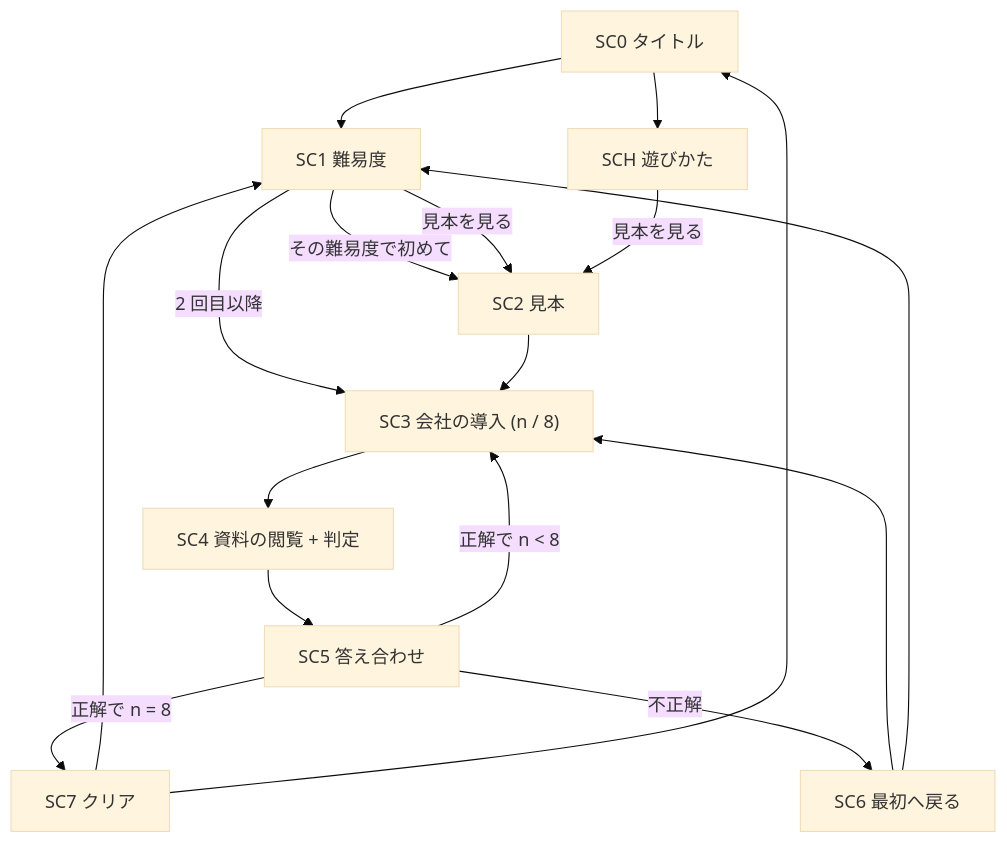
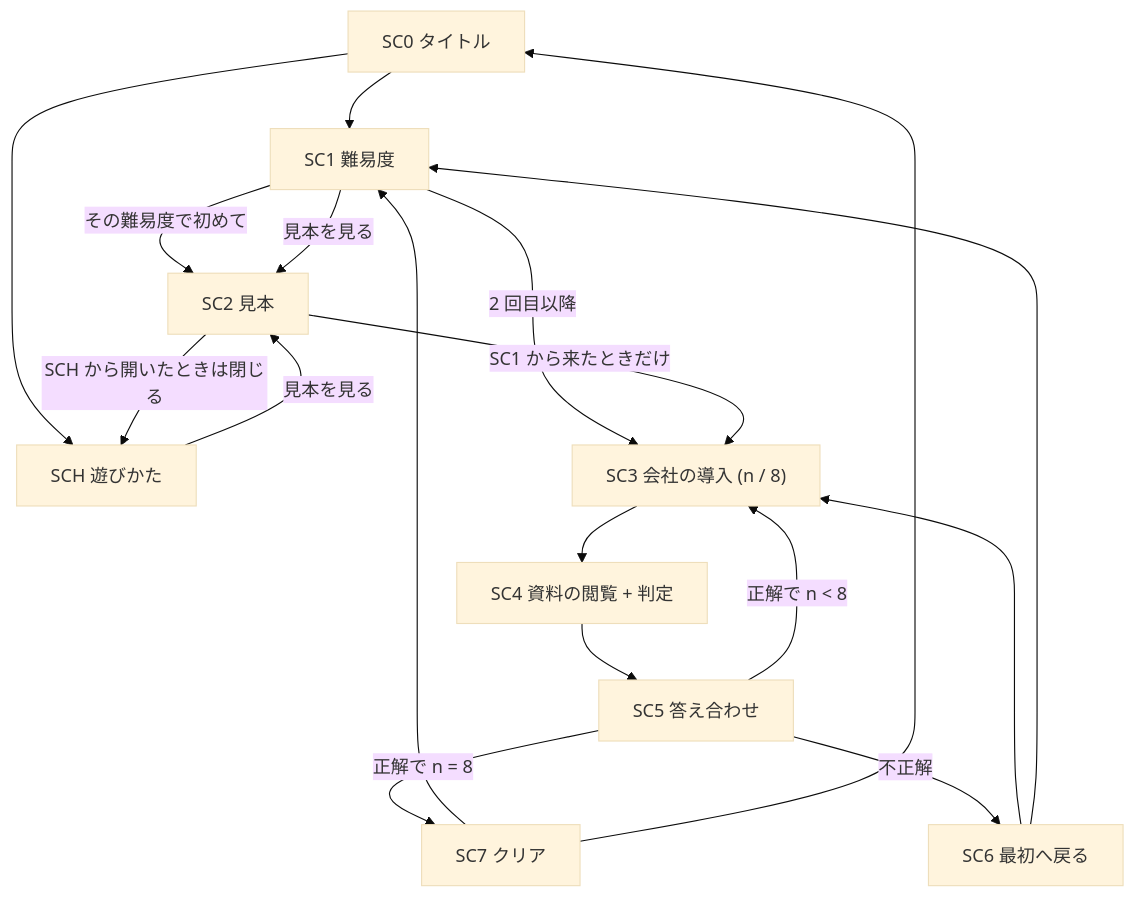
The diagram in docs/plans/experience.md (calliope-pro/kessan-8), drawn with Mermaid (base theme) before and after one commit. The commit also changed other lines of this file, not shown here.

Commit message:
#50 の反映のレビュー 1 回目: 走行の表と段落の食い違い・遷移図・hydrate が捨てる場合・固定領域の測った値

````diff
--- a/docs/plans/experience.md
+++ b/docs/plans/experience.md
@@ -302,19 +302,20 @@
 ```mermaid
 flowchart TD
   SC0["SC0 タイトル"] --> SC1["SC1 難易度"]
   SC0 --> SCH["SCH 遊びかた"]
   SC1 -->|"その難易度で初めて"| SC2["SC2 見本"]
   SC1 -->|"2 回目以降"| SC3
   SC1 -->|"見本を見る"| SC2
   SCH -->|"見本を見る"| SC2
-  SC2 --> SC3["SC3 会社の導入 (n / 8)"]
+  SC2 -->|"SC1 から来たときだけ"| SC3["SC3 会社の導入 (n / 8)"]
+  SC2 -->|"SCH から開いたときは閉じる"| SCH
   SC3 --> SC4["SC4 資料の閲覧 + 判定"]
   SC4 --> SC5["SC5 答え合わせ"]
   SC5 -->|"正解で n < 8"| SC3
   SC5 -->|"正解で n = 8"| SC7["SC7 クリア"]
   SC5 -->|"不正解"| SC6["SC6 最初へ戻る"]
   SC6 --> SC3
   SC6 --> SC1
   SC7 --> SC1
   SC7 --> SC0
 ```
````
